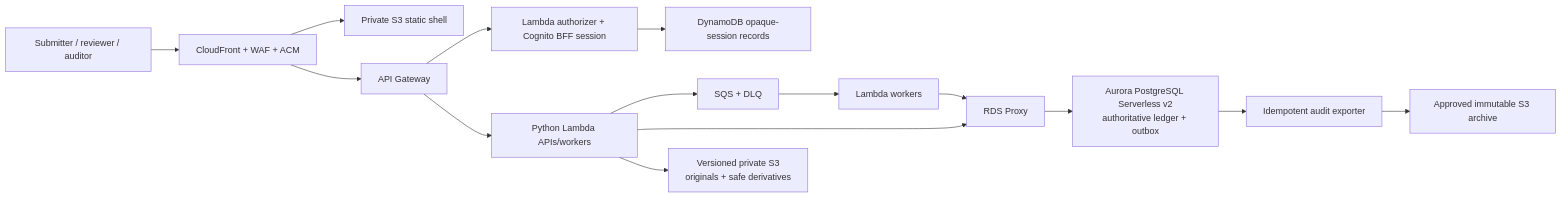
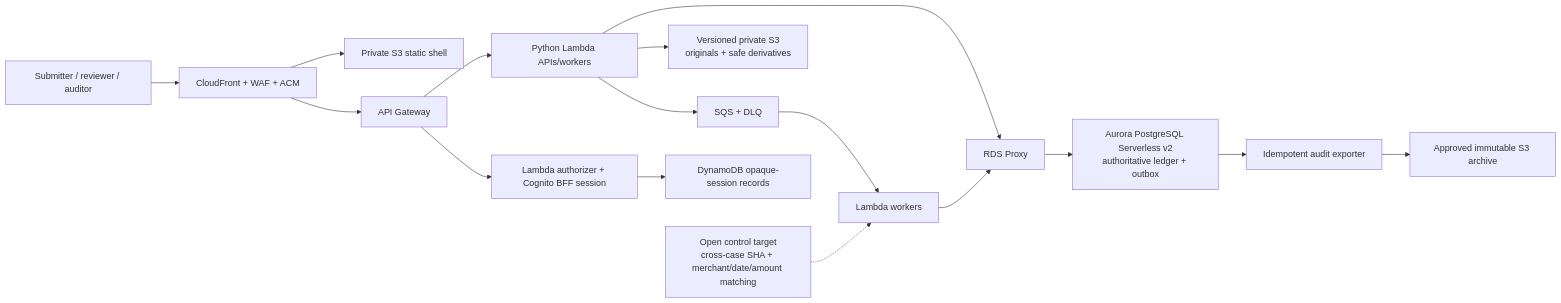
The eighth of 8 diagrams in docs/architecture.md (Dev-Luigy/automation_luigygabriel), drawn with Mermaid before and after one commit. The commit also changed other lines of this file and 10 other files, not shown here.

Commit message:
docs: align architecture and traceability model

````diff
--- a/docs/architecture.md
+++ b/docs/architecture.md
@@ -243,17 +358,18 @@
 ```mermaid
 flowchart LR
     User["Submitter / reviewer / auditor"] --> Edge["CloudFront + WAF + ACM"]
     Edge --> Shell["Private S3 static shell"]
     Edge --> API["API Gateway"]
     API --> Auth["Lambda authorizer + Cognito BFF session"]
     API --> Lambda["Python Lambda APIs/workers"]
     Lambda --> Queue["SQS + DLQ"]
     Queue --> Workers["Lambda workers"]
     Lambda --> Proxy["RDS Proxy"]
     Workers --> Proxy
     Proxy --> Aurora["Aurora PostgreSQL Serverless v2\nauthoritative ledger + outbox"]
     Lambda --> Evidence["Versioned private S3\noriginals + safe derivatives"]
+    DuplicateTarget["Open control target\ncross-case SHA + merchant/date/amount matching"] -.-> Workers
     Aurora --> Export["Idempotent audit exporter"]
     Export --> Archive["Approved immutable S3 archive"]
     Auth --> Sessions["DynamoDB opaque-session records"]
 ```
````
